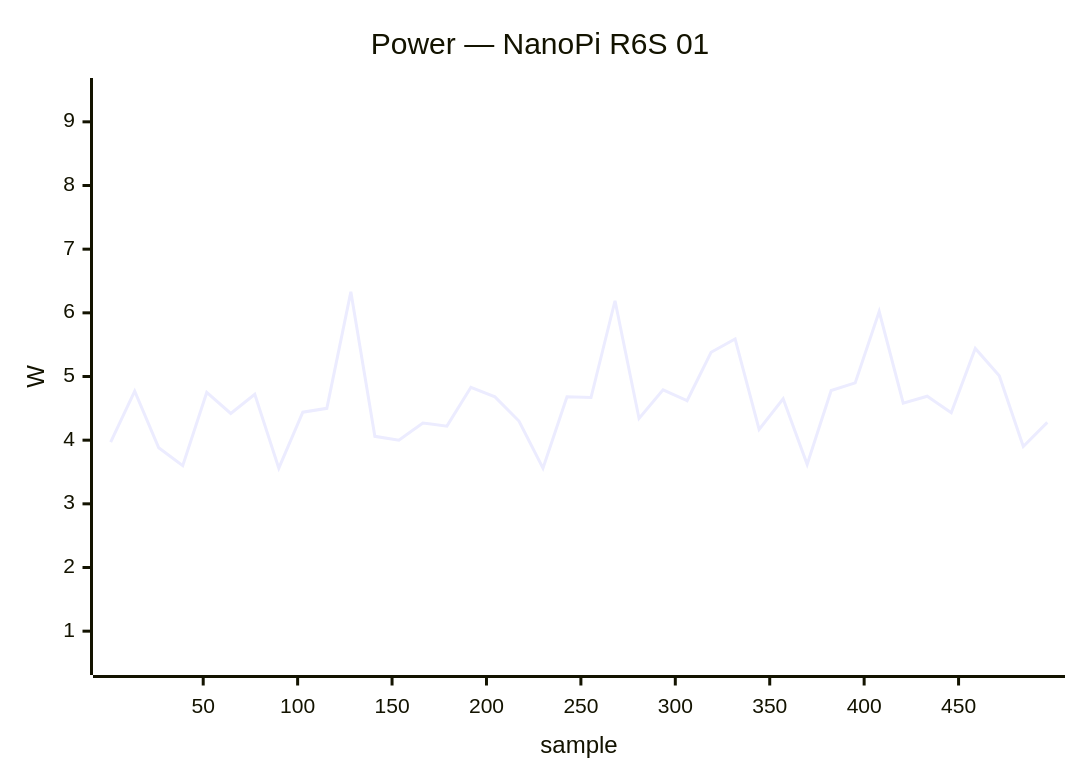
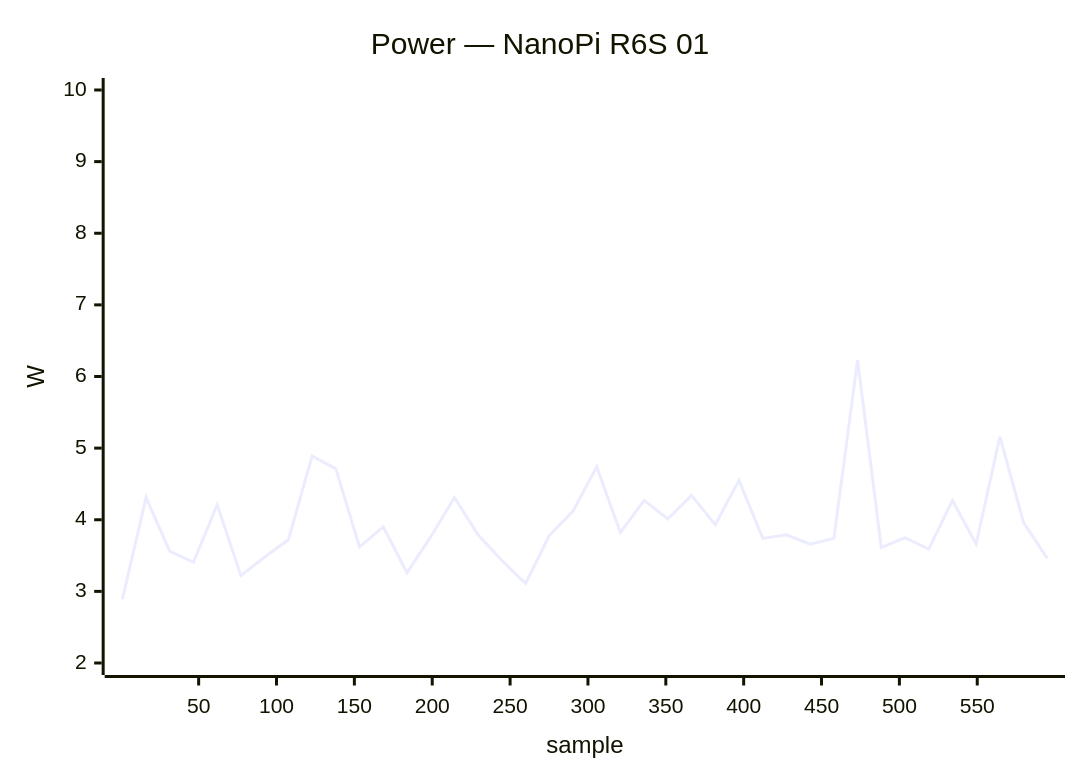
Before and after one commit to armbian/documentation: diagram 24 of 39 in docs/status/board-tests.md, drawn with Mermaid. The commit also changed other lines of this file, not shown here.

````diff
--- a/docs/status/board-tests.md
+++ b/docs/status/board-tests.md
@@ -1107,7 +1050,7 @@
 ```mermaid
 xychart-beta
     title "Power — NanoPi R6S 01"
-    x-axis "sample" 1 --> 497
-    y-axis "W" 0.5 --> 9.5
-    line [3.97, 4.77, 3.88, 3.60, 4.75, 4.42, 4.72, 3.56, 4.44, 4.50, 6.33, 4.06, 4.00, 4.27, 4.22, 4.83, 4.68, 4.30, 3.56, 4.68, 4.67, 6.19, 4.34, 4.79, 4.62, 5.38, 5.59, 4.17, 4.65, 3.62, 4.78, 4.90, 6.02, 4.58, 4.69, 4.43, 5.44, 5.01, 3.90, 4.28]
+    x-axis "sample" 1 --> 595
+    y-axis "W" 2.0 --> 10.0
+    line [2.89, 4.31, 3.56, 3.41, 4.21, 3.22, 3.48, 3.72, 4.89, 4.71, 3.62, 3.90, 3.26, 3.76, 4.31, 3.79, 3.43, 3.11, 3.78, 4.12, 4.74, 3.82, 4.27, 4.01, 4.34, 3.93, 4.55, 3.74, 3.79, 3.66, 3.74, 6.23, 3.61, 3.75, 3.59, 4.27, 3.66, 5.16, 3.96, 3.46]
 ```
````
